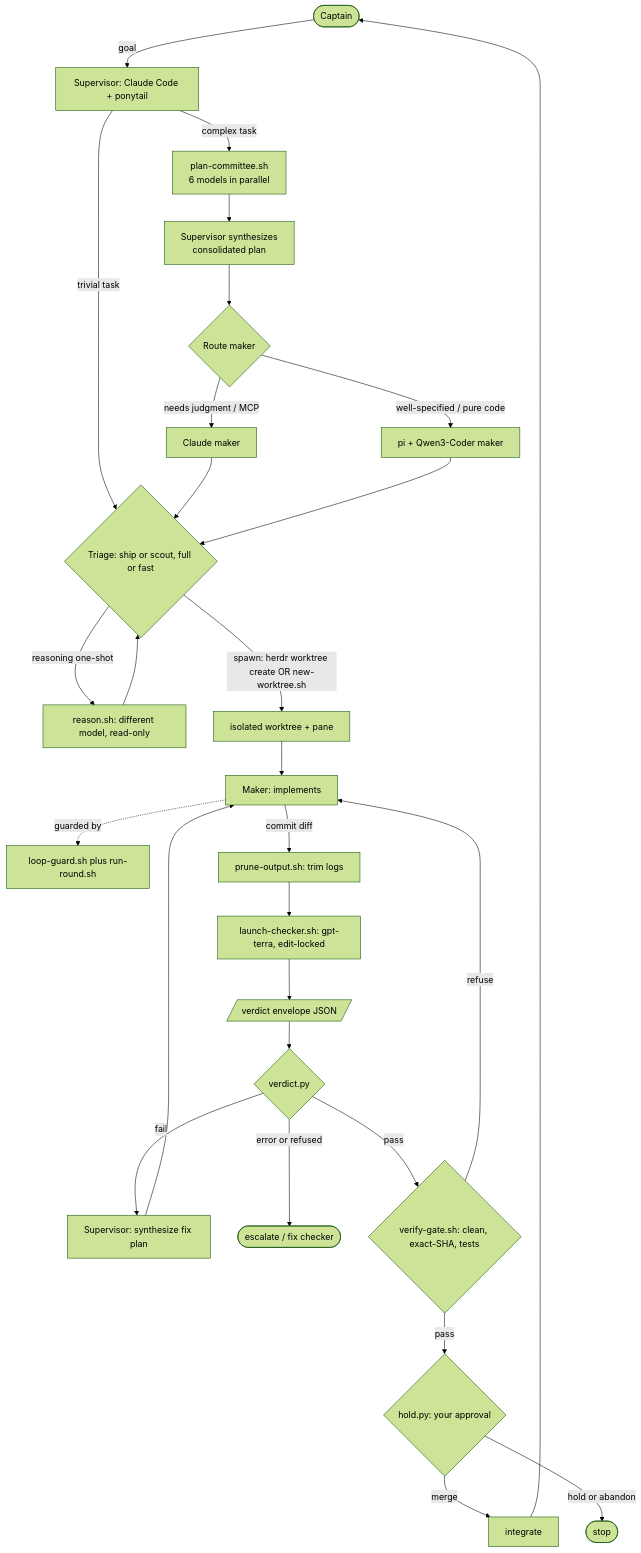
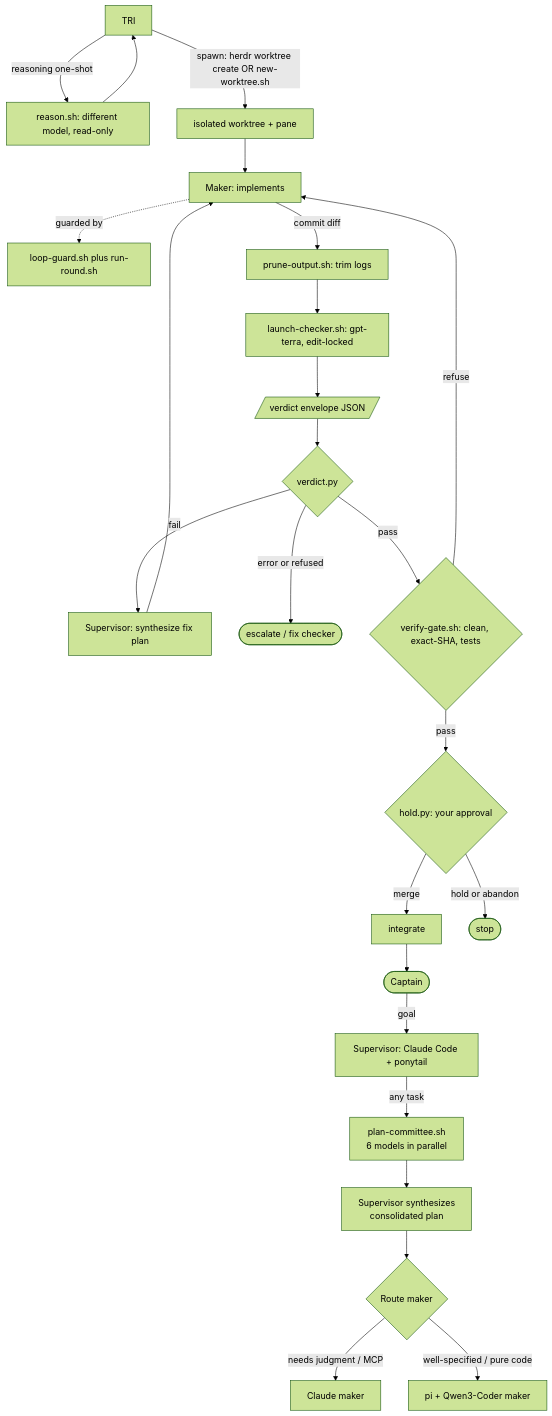
The diagram in docs/ARCHITECTURE.md (eshwarvijay/secondmate), drawn with Mermaid (forest theme) before and after one commit. The commit also changed other lines of this file and 2 other files, not shown here.

Commit message:
plan-committee: run unconditionally for every task, remove skip-for-trivial gating
- SKILL.md: Plan Committee section now runs before triage for ALL tasks
- SKILL.md: Top-of-file summary updated to remove skip guidance
- README.md: Removed 'optional' mention from planning committee description
- docs/ARCHITECTURE.md: Updated flowchart to show committee runs for 'any task'
- docs/ARCHITECTURE.md: Updated stage 0 to say 'runs unconditionally'
- docs/ARCHITECTURE.md: Removed 'Skip for trivial one-shot edits' from audit trail

````diff
--- a/docs/ARCHITECTURE.md
+++ b/docs/ARCHITECTURE.md
@@ -37,30 +37,27 @@
 ```mermaid
 flowchart TD
     Cap([Captain]) -->|goal| SUP[Supervisor: Claude Code + ponytail]
-    SUP -->|complex task| PC[plan-committee.sh<br/>6 models in parallel]
+    SUP -->|any task| PC[plan-committee.sh<br/>6 models in parallel]
     PC --> SYN[Supervisor synthesizes<br/>consolidated plan]
     SYN --> ROUTE{Route maker}
     ROUTE -->|needs judgment / MCP| MKC[Claude maker]
     ROUTE -->|well-specified / pure code| MKQ[pi + Qwen3-Coder maker]
-    SUP -->|trivial task| TRI
-    MKC --> TRI{Triage: ship or scout, full or fast}
-    MKQ --> TRI
     TRI -->|reasoning one-shot| RS[reason.sh: different model, read-only]
     RS --> TRI
     TRI -->|spawn: herdr worktree create OR new-worktree.sh| WT[isolated worktree + pane]
     WT --> MK[Maker: implements]
     MK -. guarded by .-> GD[loop-guard.sh plus run-round.sh]
     MK -->|commit diff| PR[prune-output.sh: trim logs]
     PR --> CH[launch-checker.sh: gpt-terra, edit-locked]
     CH --> EV[/verdict envelope JSON/]
     EV --> VD{verdict.py}
     VD -->|fail| S3[Supervisor: synthesize fix plan]
     S3 --> MK
     VD -->|error or refused| STOP2([escalate / fix checker])
     VD -->|pass| GT{verify-gate.sh: clean, exact-SHA, tests}
     GT -->|refuse| MK
     GT -->|pass| HD{hold.py: your approval}
     HD -->|merge| INT[integrate]
     HD -->|hold or abandon| STOP([stop])
     INT --> Cap
 ```
````
